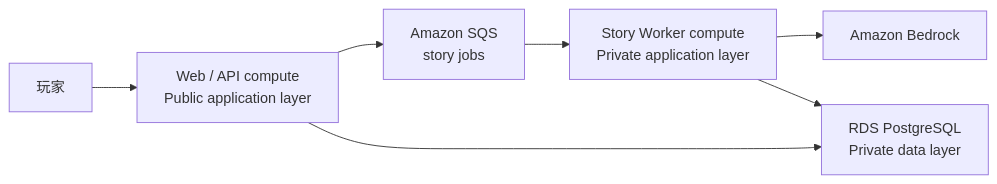
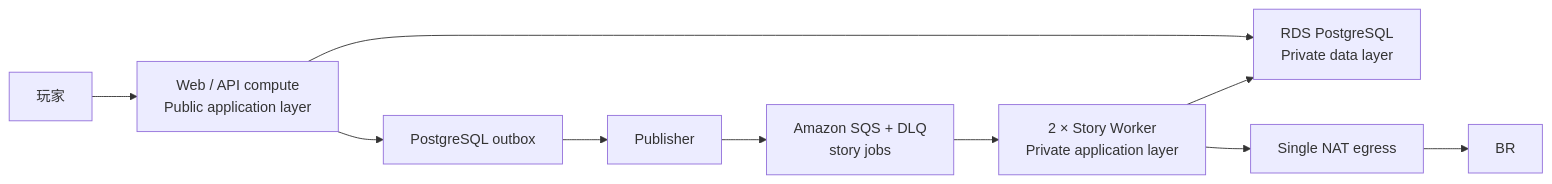
Before and after one commit to ChaoMing0815/AWS-cloud-lab: the third of 7 diagrams in docs/architecture/README.md, drawn with Mermaid. The commit also changed other lines of this file and 27 other files, not shown here.

````diff
--- a/docs/architecture/README.md
+++ b/docs/architecture/README.md
@@ -53,9 +53,11 @@
 ```mermaid
 flowchart LR
     U["玩家"] --> W["Web / API compute<br/>Public application layer"]
-    W --> Q["Amazon SQS<br/>story jobs"]
-    Q --> S["Story Worker compute<br/>Private application layer"]
-    S --> BR["Amazon Bedrock"]
+    W --> O["PostgreSQL outbox"]
+    O --> P["Publisher"]
+    P --> Q["Amazon SQS + DLQ<br/>story jobs"]
+    Q --> S["2 × Story Worker<br/>Private application layer"]
     W --> D["RDS PostgreSQL<br/>Private data layer"]
     S --> D
+    S --> NAT["Single NAT egress"] --> BR
 ```
````
